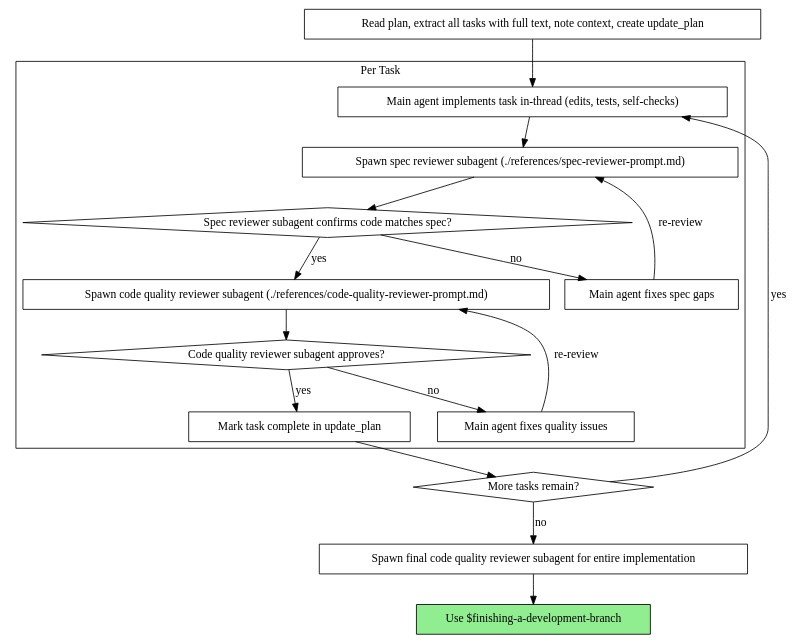
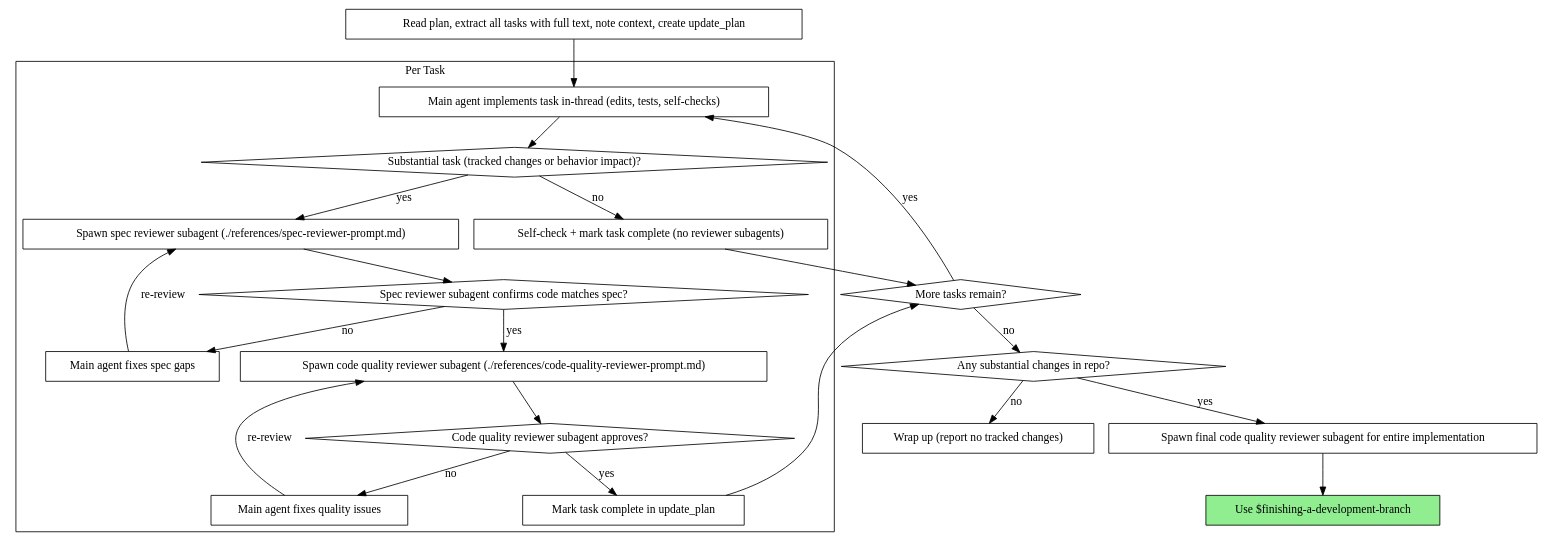
One commit to markelz0r/superpowers-codex changed the second of 2 diagrams in skills/subagent-driven-development/SKILL.md. Above: the diagram before and after it, drawn with Graphviz. The commit also changed other lines of this file, not shown here.

Commit message:
Update subagent-driven-development task triage

````diff
--- a/skills/subagent-driven-development/SKILL.md
+++ b/skills/subagent-driven-development/SKILL.md
@@ -42,37 +54,46 @@
 ```dot
 digraph process {
     rankdir=TB;
 
     subgraph cluster_per_task {
         label="Per Task";
         "Main agent implements task in-thread (edits, tests, self-checks)" [shape=box];
+        "Substantial task (tracked changes or behavior impact)?" [shape=diamond];
+        "Self-check + mark task complete (no reviewer subagents)" [shape=box];
         "Spawn spec reviewer subagent (./references/spec-reviewer-prompt.md)" [shape=box];
         "Spec reviewer subagent confirms code matches spec?" [shape=diamond];
         "Main agent fixes spec gaps" [shape=box];
         "Spawn code quality reviewer subagent (./references/code-quality-reviewer-prompt.md)" [shape=box];
         "Code quality reviewer subagent approves?" [shape=diamond];
         "Main agent fixes quality issues" [shape=box];
         "Mark task complete in update_plan" [shape=box];
     }
 
     "Read plan, extract all tasks with full text, note context, create update_plan" [shape=box];
     "More tasks remain?" [shape=diamond];
+    "Any substantial changes in repo?" [shape=diamond];
     "Spawn final code quality reviewer subagent for entire implementation" [shape=box];
+    "Wrap up (report no tracked changes)" [shape=box];
     "Use $finishing-a-development-branch" [shape=box style=filled fillcolor=lightgreen];
 
     "Read plan, extract all tasks with full text, note context, create update_plan" -> "Main agent implements task in-thread (edits, tests, self-checks)";
-    "Main agent implements task in-thread (edits, tests, self-checks)" -> "Spawn spec reviewer subagent (./references/spec-reviewer-prompt.md)";
+    "Main agent implements task in-thread (edits, tests, self-checks)" -> "Substantial task (tracked changes or behavior impact)?";
+    "Substantial task (tracked changes or behavior impact)?" -> "Self-check + mark task complete (no reviewer subagents)" [label="no"];
+    "Substantial task (tracked changes or behavior impact)?" -> "Spawn spec reviewer subagent (./references/spec-reviewer-prompt.md)" [label="yes"];
     "Spawn spec reviewer subagent (./references/spec-reviewer-prompt.md)" -> "Spec reviewer subagent confirms code matches spec?";
     "Spec reviewer subagent confirms code matches spec?" -> "Main agent fixes spec gaps" [label="no"];
     "Main agent fixes spec gaps" -> "Spawn spec reviewer subagent (./references/spec-reviewer-prompt.md)" [label="re-review"];
     "Spec reviewer subagent confirms code matches spec?" -> "Spawn code quality reviewer subagent (./references/code-quality-reviewer-prompt.md)" [label="yes"];
     "Spawn code quality reviewer subagent (./references/code-quality-reviewer-prompt.md)" -> "Code quality reviewer subagent approves?";
     "Code quality reviewer subagent approves?" -> "Main agent fixes quality issues" [label="no"];
     "Main agent fixes quality issues" -> "Spawn code quality reviewer subagent (./references/code-quality-reviewer-prompt.md)" [label="re-review"];
     "Code quality reviewer subagent approves?" -> "Mark task complete in update_plan" [label="yes"];
     "Mark task complete in update_plan" -> "More tasks remain?";
+    "Self-check + mark task complete (no reviewer subagents)" -> "More tasks remain?";
     "More tasks remain?" -> "Main agent implements task in-thread (edits, tests, self-checks)" [label="yes"];
-    "More tasks remain?" -> "Spawn final code quality reviewer subagent for entire implementation" [label="no"];
+    "More tasks remain?" -> "Any substantial changes in repo?" [label="no"];
+    "Any substantial changes in repo?" -> "Spawn final code quality reviewer subagent for entire implementation" [label="yes"];
+    "Any substantial changes in repo?" -> "Wrap up (report no tracked changes)" [label="no"];
     "Spawn final code quality reviewer subagent for entire implementation" -> "Use $finishing-a-development-branch";
 }
 ```
````
